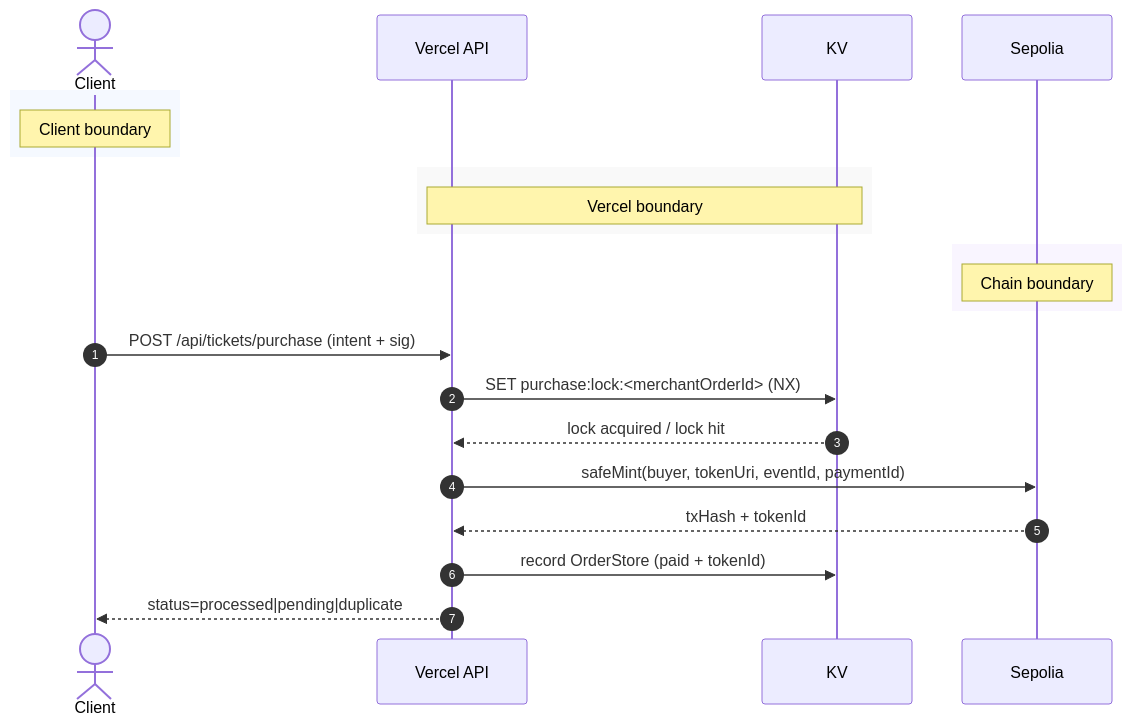
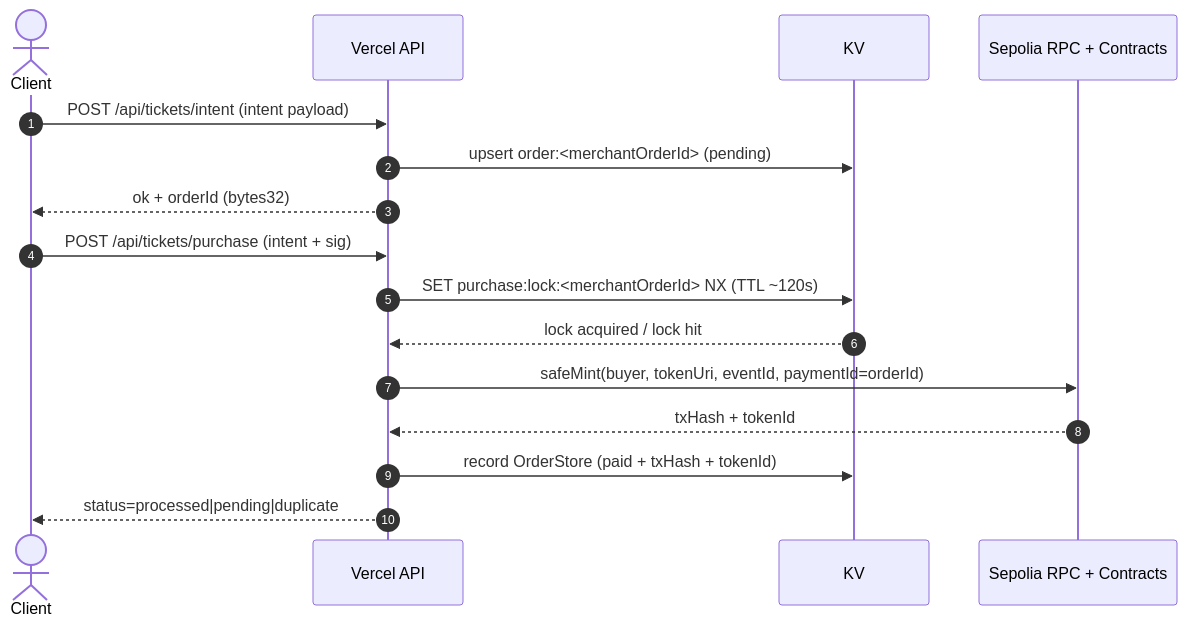
Before and after one commit to LucidDreamTR/etkinlik-konser: the first of 4 diagrams in docs/architecture.md, drawn with Mermaid. The commit also changed other lines of this file and 2 other files, not shown here.

Commit message:
docs: add final gate/claim architecture diagrams

````diff
--- a/docs/architecture.md
+++ b/docs/architecture.md
@@ -4,26 +6,20 @@
 ```mermaid
 sequenceDiagram
   autonumber
   actor Client
   participant API as Vercel API
   participant KV
-  participant Sepolia
+  participant Sepolia as Sepolia RPC + Contracts
 
-  rect rgba(230, 240, 255, 0.4)
-    note over Client: Client boundary
-  end
-  rect rgba(245, 245, 245, 0.6)
-    note over API,KV: Vercel boundary
-  end
-  rect rgba(240, 230, 255, 0.4)
-    note over Sepolia: Chain boundary
-  end
+  Client->>API: POST /api/tickets/intent (intent payload)
+  API->>KV: upsert order:<merchantOrderId> (pending)
+  API-->>Client: ok + orderId (bytes32)
 
   Client->>API: POST /api/tickets/purchase (intent + sig)
-  API->>KV: SET purchase:lock:<merchantOrderId> (NX)
+  API->>KV: SET purchase:lock:<merchantOrderId> NX (TTL ~120s)
   KV-->>API: lock acquired / lock hit
-  API->>Sepolia: safeMint(buyer, tokenUri, eventId, paymentId)
+  API->>Sepolia: safeMint(buyer, tokenUri, eventId, paymentId=orderId)
   Sepolia-->>API: txHash + tokenId
-  API->>KV: record OrderStore (paid + tokenId)
+  API->>KV: record OrderStore (paid + txHash + tokenId)
   API-->>Client: status=processed|pending|duplicate
 ```
````
